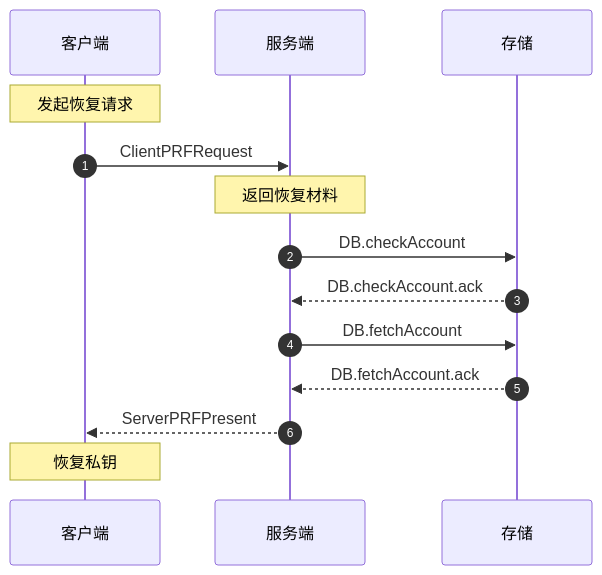
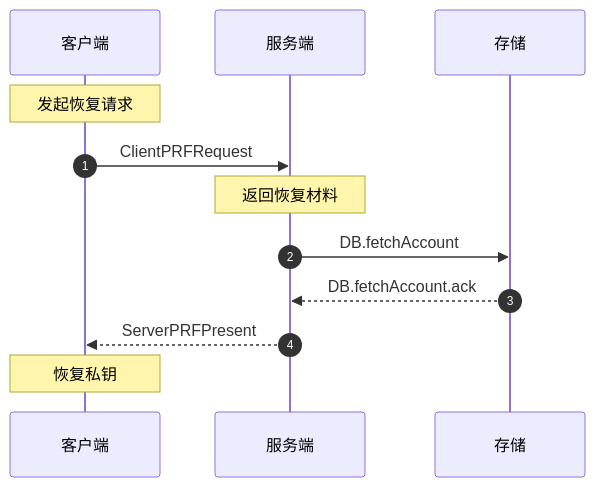
One commit to teaconmc/oolong-vote-proof changed the third of 12 diagrams in docs/README.md. Above: the diagram before and after it, drawn with Mermaid. The commit also changed other lines of this file, not shown here.

Commit message:
docs: align storage primitives and account flow

````diff
--- a/docs/README.md
+++ b/docs/README.md
@@ -155,17 +145,14 @@
 ```mermaid
 sequenceDiagram
     autonumber
     participant C as 客户端
     participant S as 服务端
     participant DB as 存储
-
     Note over C: 发起恢复请求
-    C->>S: ClientPRFRequest
+    C ->> S: ClientPRFRequest
     Note over S: 返回恢复材料
-    S->>DB: DB.checkAccount
-    DB-->>S: DB.checkAccount.ack
-    S->>DB: DB.fetchAccount
-    DB-->>S: DB.fetchAccount.ack
-    S-->>C: ServerPRFPresent
+    S ->> DB: DB.fetchAccount
+    DB -->> S: DB.fetchAccount.ack
+    S -->> C: ServerPRFPresent
     Note over C: 恢复私钥
 ```
````
